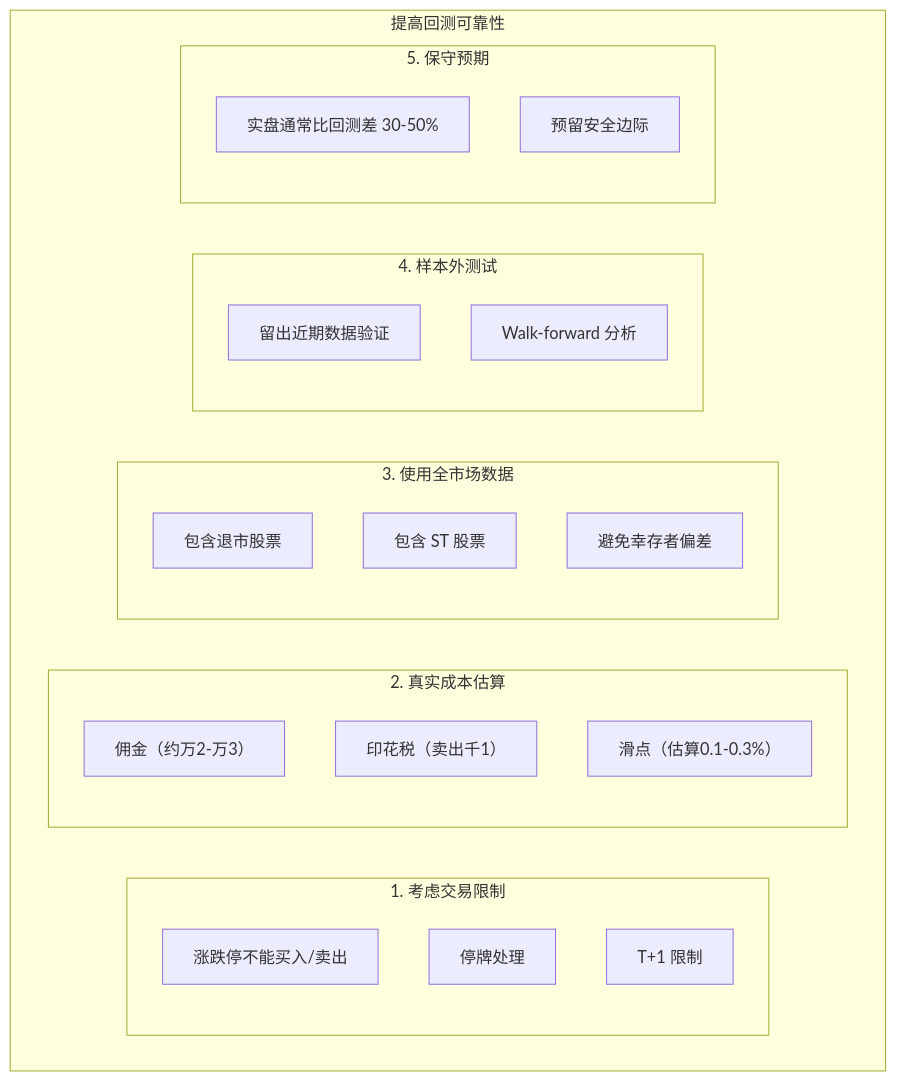
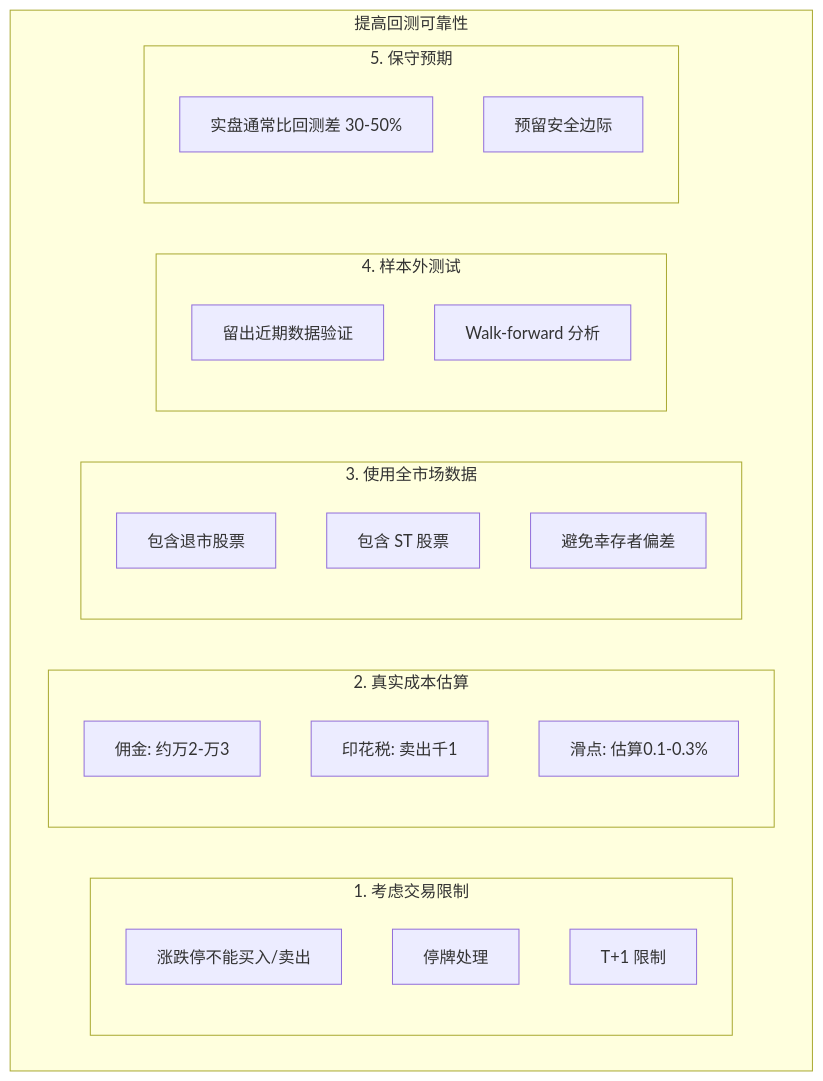
Before and after one commit to jpixy/jpixy.github.io: the tenth of 13 diagrams in content/articles/quant/quant-03-中国大陆量化交易接口与数据.md, drawn with Mermaid. The commit also changed other lines of this file and 66 other files, not shown here.

Commit message:
fix: resolve Mermaid syntax errors by removing parentheses in node labels

````diff
--- a/content/articles/quant/quant-03-中国大陆量化交易接口与数据.md
+++ b/content/articles/quant/quant-03-中国大陆量化交易接口与数据.md
@@ -382,28 +382,28 @@
 ```mermaid
 graph TB
     subgraph 提高可靠性["提高回测可靠性"]
         subgraph T1["1. 考虑交易限制"]
             T1A["涨跌停不能买入/卖出"]
             T1B["停牌处理"]
             T1C["T+1 限制"]
         end
         subgraph T2["2. 真实成本估算"]
-            T2A["佣金（约万2-万3）"]
-            T2B["印花税（卖出千1）"]
-            T2C["滑点（估算0.1-0.3%）"]
+            T2A["佣金: 约万2-万3"]
+            T2B["印花税: 卖出千1"]
+            T2C["滑点: 估算0.1-0.3%"]
         end
         subgraph T3["3. 使用全市场数据"]
             T3A["包含退市股票"]
             T3B["包含 ST 股票"]
             T3C["避免幸存者偏差"]
         end
         subgraph T4["4. 样本外测试"]
             T4A["留出近期数据验证"]
             T4B["Walk-forward 分析"]
         end
         subgraph T5["5. 保守预期"]
             T5A["实盘通常比回测差 30-50%"]
             T5B["预留安全边际"]
         end
     end
 ```
````
